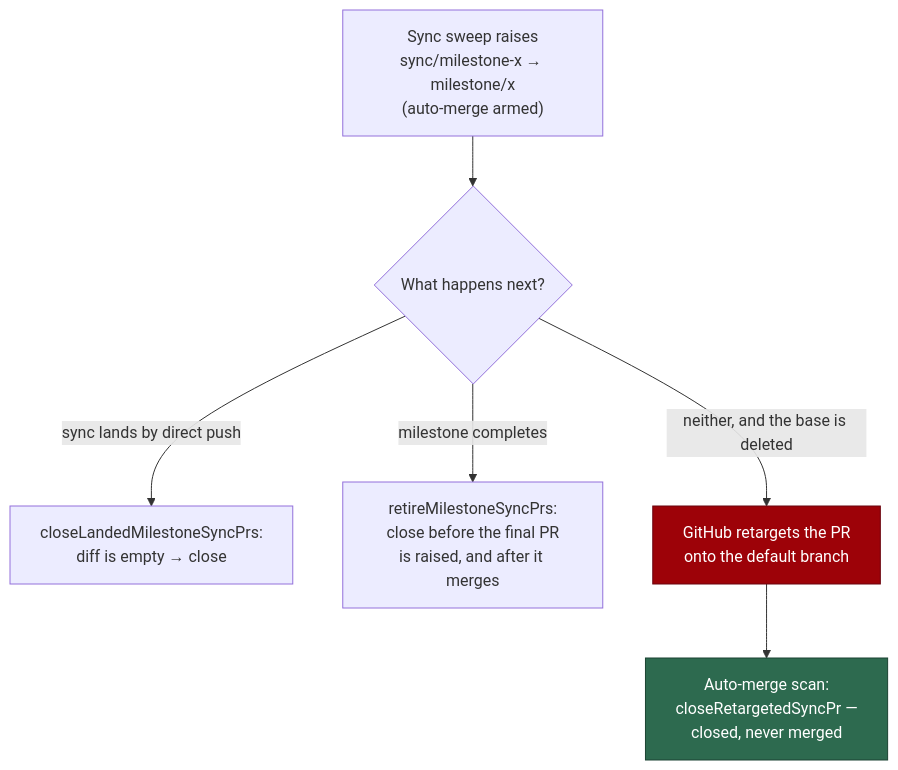
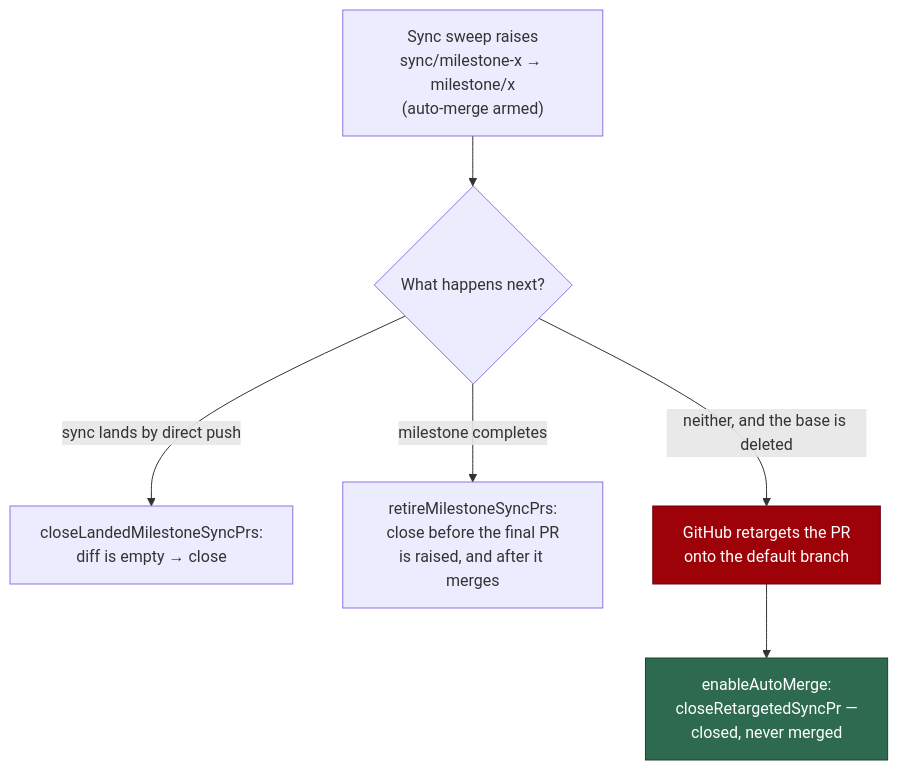
One commit to stSoftwareAU/VibeCoder changed diagram 33 of 37 in docs/INTERNALS.md. Above: the diagram before and after it, drawn with Mermaid. The commit also changed other lines of this file and 9 other files, not shown here.

First line of the commit message:
Move the retargeted-sync refusal to the live arming chokepoint (#1967)

````diff
--- a/docs/INTERNALS.md
+++ b/docs/INTERNALS.md
@@ -3489,11 +3489,11 @@
 ```mermaid
 flowchart TD
     S["Sync sweep raises<br/>sync/milestone-x → milestone/x<br/>(auto-merge armed)"]
     S --> D{What happens next?}
     D -- "sync lands by direct push" --> E["closeLandedMilestoneSyncPrs:<br/>diff is empty → close"]
     D -- "milestone completes" --> R["retireMilestoneSyncPrs:<br/>close before the final PR<br/>is raised, and after it merges"]
     D -- "neither, and the base is deleted" --> G["GitHub retargets the PR<br/>onto the default branch"]
-    G --> M["Auto-merge scan:<br/>closeRetargetedSyncPr —<br/>closed, never merged"]
+    G --> M["enableAutoMerge:<br/>closeRetargetedSyncPr —<br/>closed, never merged"]
     style G fill:#9d0208,stroke:#6a040f,color:#fff
     style M fill:#2d6a4f,stroke:#1b4332,color:#fff
 ```
````
